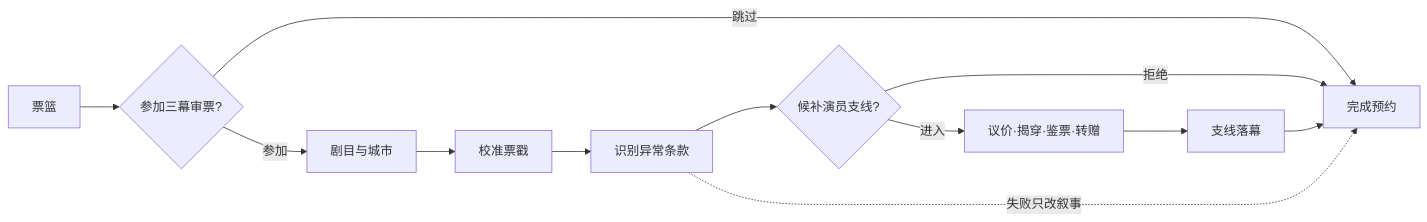
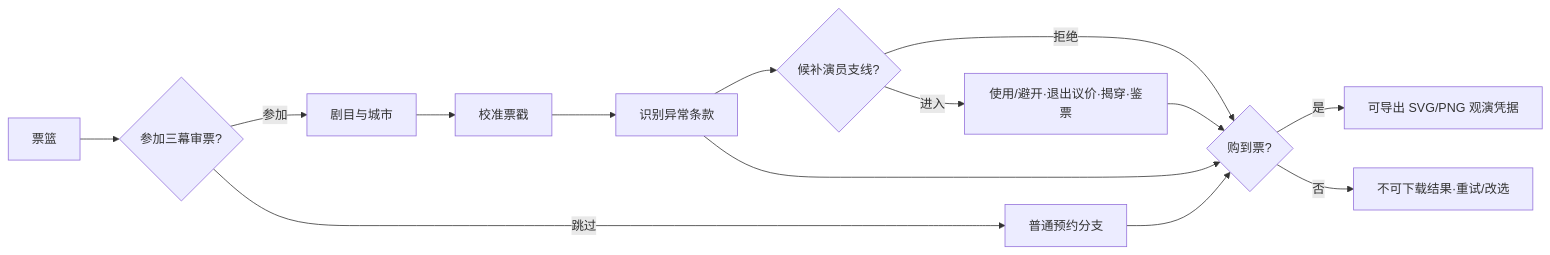
One commit to Selloryebir/crimson_troupe changed the diagram in docs/blueprint/03_journeys/maps/04_审票游戏与黄牛支线.mmd. Above: the diagram before and after it, drawn with Mermaid. The commit also changed 26 other files, not shown here.

```diff
--- a/docs/blueprint/03_journeys/maps/04_审票游戏与黄牛支线.mmd
+++ b/docs/blueprint/03_journeys/maps/04_审票游戏与黄牛支线.mmd
@@ -1,12 +1,14 @@
 flowchart LR
   Basket[票篮] --> Choice{参加三幕审票?}
-  Choice -->|跳过| Ticket[完成预约]
+  Choice -->|跳过| Normal[普通预约分支]
   Choice -->|参加| Act1[剧目与城市]
   Act1 --> Act2[校准票戳]
   Act2 --> Act3[识别异常条款]
   Act3 --> Understudy{候补演员支线?}
-  Understudy -->|拒绝| Ticket
-  Understudy -->|进入| Branch[议价·揭穿·鉴票·转赠]
-  Branch --> Ending[支线落幕]
-  Ending --> Ticket
-  Act3 -.失败只改叙事.-> Ticket
+  Understudy -->|拒绝| Outcome{购到票?}
+  Understudy -->|进入| Branch[使用/避开·退出议价·揭穿·鉴票]
+  Branch --> Outcome
+  Act3 --> Outcome
+  Normal --> Outcome
+  Outcome -->|是| Credential[可导出 SVG/PNG 观演凭据]
+  Outcome -->|否| NoTicket[不可下载结果·重试/改选]
```
